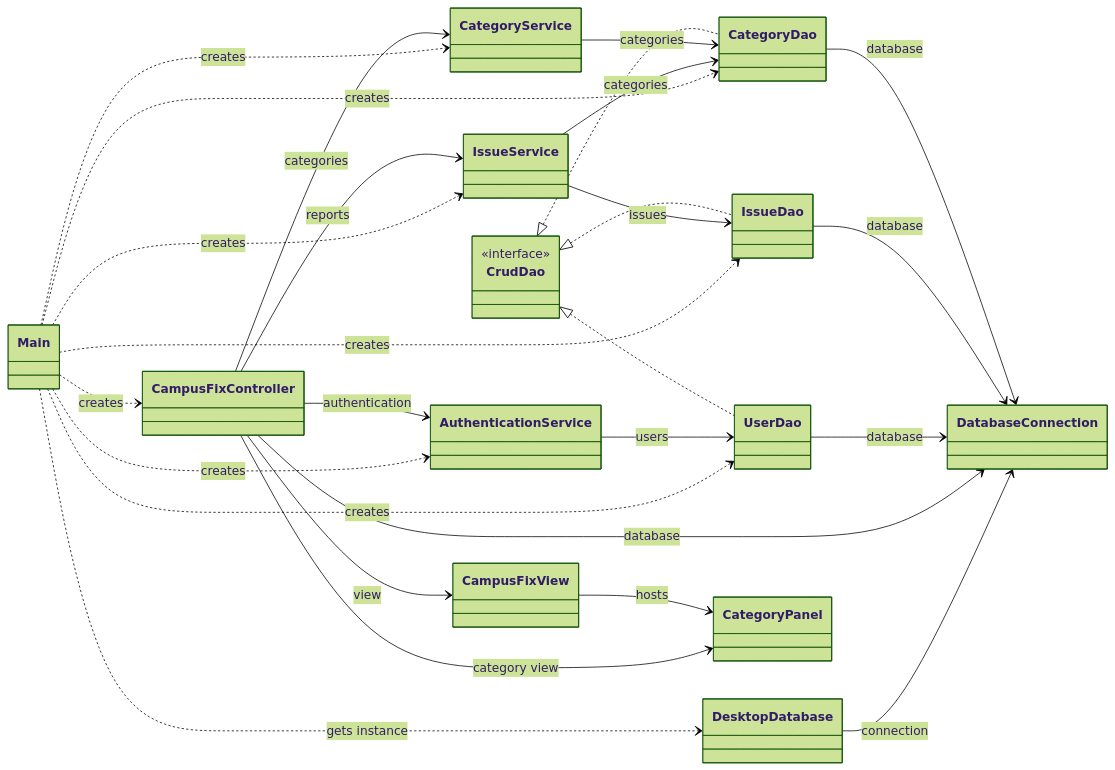
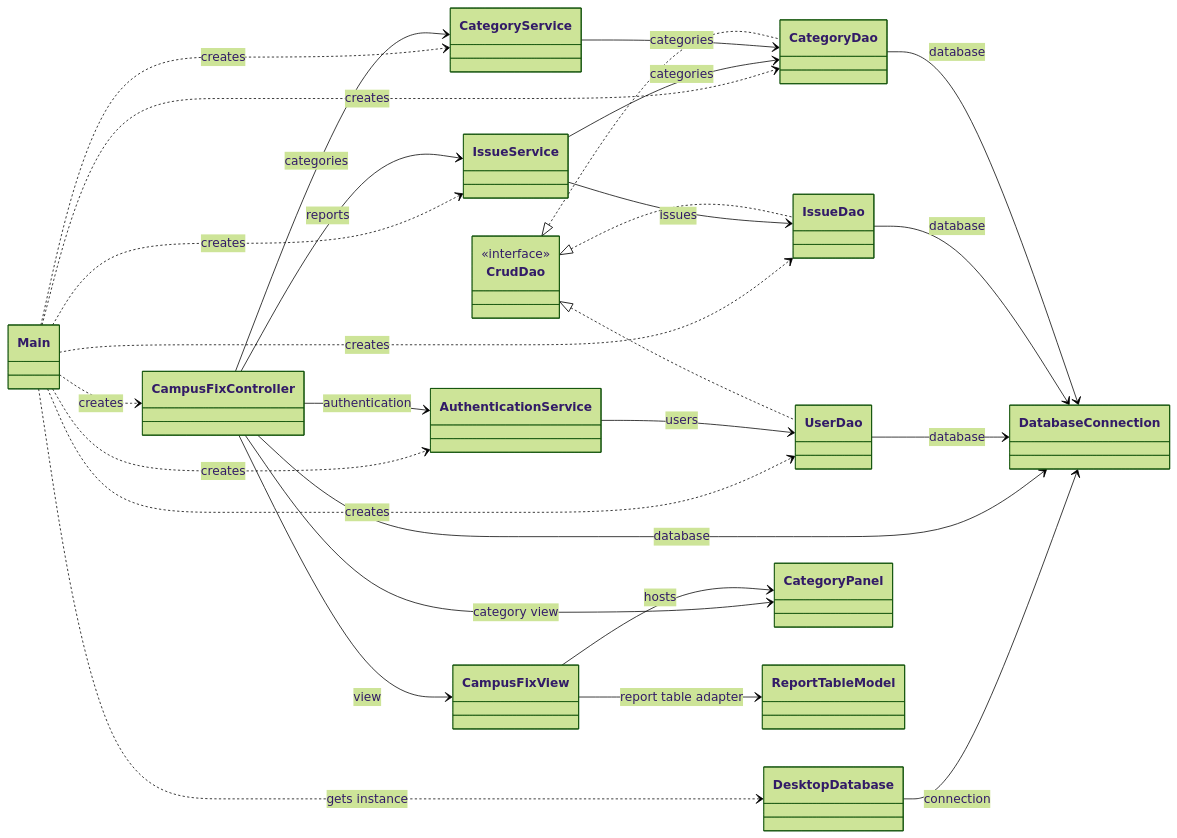
Before and after one commit to dfernq/inso-2026-2027-campus-fix: the diagram in docs/java-desktop.md, drawn with Mermaid (forest theme). The commit also changed other lines of this file and 2 other files, not shown here.

Commit message:
java: implement adapter pattern

````diff
--- a/docs/java-desktop.md
+++ b/docs/java-desktop.md
@@ -110,33 +123,34 @@
 ```mermaid
 classDiagram
     direction LR
     class CrudDao {
         <<interface>>
     }
     Main ..> CampusFixController : creates
     Main ..> DesktopDatabase : gets instance
     DesktopDatabase --> DatabaseConnection : connection
     Main ..> AuthenticationService : creates
     Main ..> UserDao : creates
     Main ..> IssueService : creates
     Main ..> CategoryService : creates
     Main ..> IssueDao : creates
     Main ..> CategoryDao : creates
     CampusFixController --> CampusFixView : view
     CampusFixController --> CategoryPanel : category view
     CampusFixView --> CategoryPanel : hosts
+    CampusFixView --> ReportTableModel : report table adapter
     CampusFixController --> DatabaseConnection : database
     CampusFixController --> AuthenticationService : authentication
     CampusFixController --> IssueService : reports
     CampusFixController --> CategoryService : categories
     AuthenticationService --> UserDao : users
     IssueService --> IssueDao : issues
     IssueService --> CategoryDao : categories
     CategoryService --> CategoryDao : categories
     UserDao --> DatabaseConnection : database
     IssueDao --> DatabaseConnection : database
     CategoryDao --> DatabaseConnection : database
     CrudDao <|.. UserDao
     CrudDao <|.. IssueDao
     CrudDao <|.. CategoryDao
 ```
````
